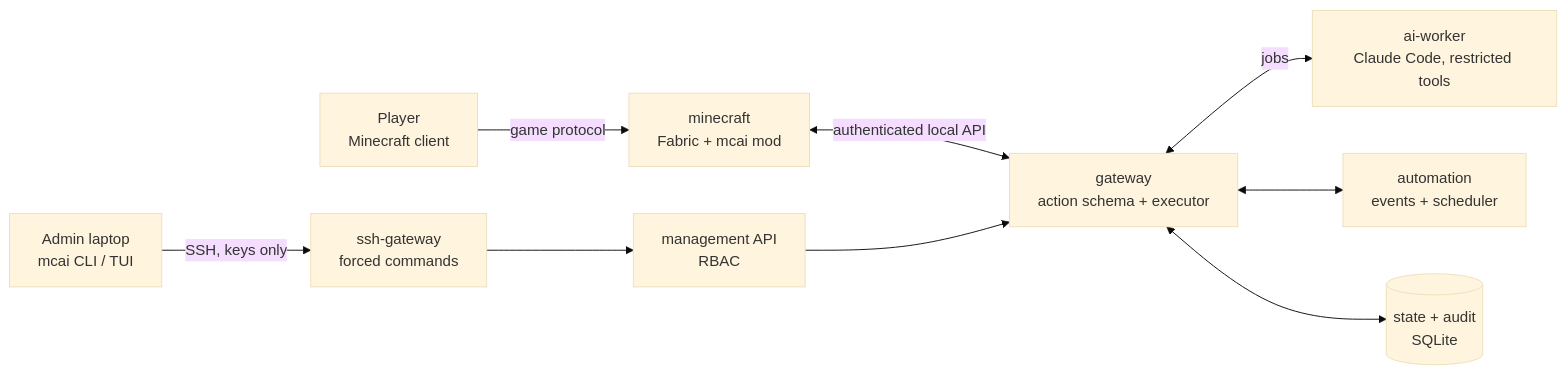
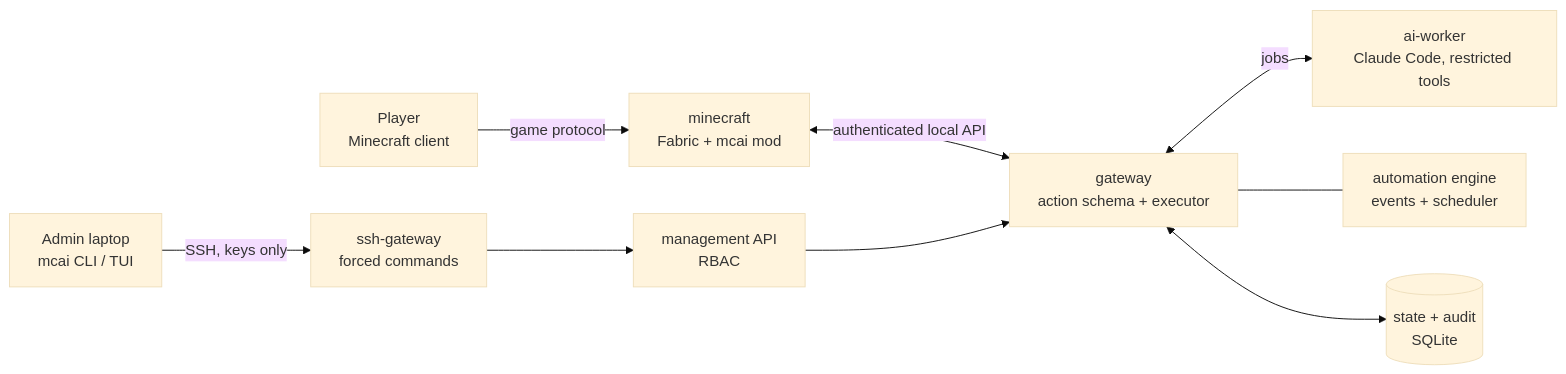
Before and after one commit to JasonEamesLamarca/minecraft-claude-platform: the diagram in README.md, drawn with Mermaid (base theme). The commit also changed other lines of this file and 52 other files, not shown here.

First line of the commit message:
feat: Phase 5 - automation engine (events, schedules, guards, approval)

````diff
--- a/README.md
+++ b/README.md
@@ -45,11 +46,11 @@
 ```mermaid
 flowchart LR
   P[Player<br/>Minecraft client] -->|game protocol| MC[minecraft<br/>Fabric + mcai mod]
   MC <-->|authenticated local API| GW[gateway<br/>action schema + executor]
   GW <-->|jobs| AI[ai-worker<br/>Claude Code, restricted tools]
-  GW <--> AU[automation<br/>events + scheduler]
+  GW --- AU[automation engine<br/>events + scheduler]
   GW <--> DB[(state + audit<br/>SQLite)]
   A[Admin laptop<br/>mcai CLI / TUI] -->|SSH, keys only| SSH[ssh-gateway<br/>forced commands]
   SSH --> MG[management API<br/>RBAC]
   MG --> GW
 ```
````
